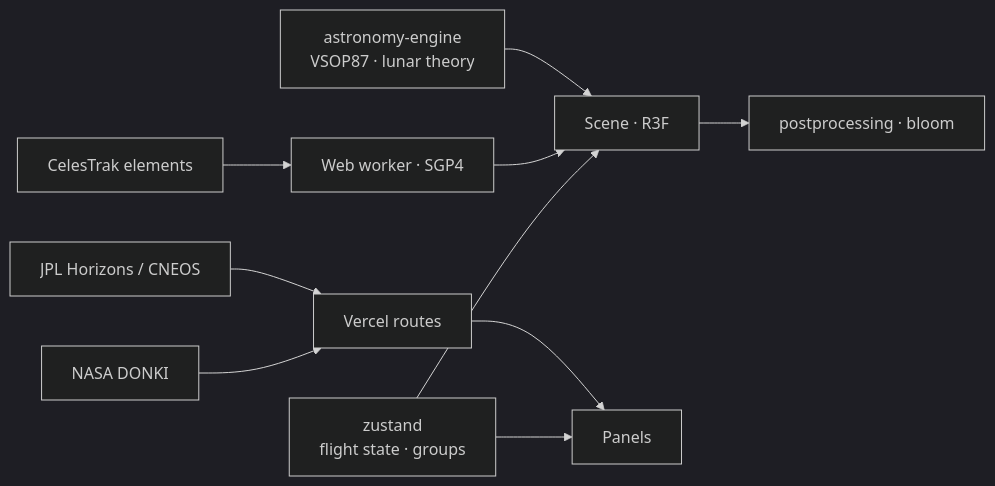
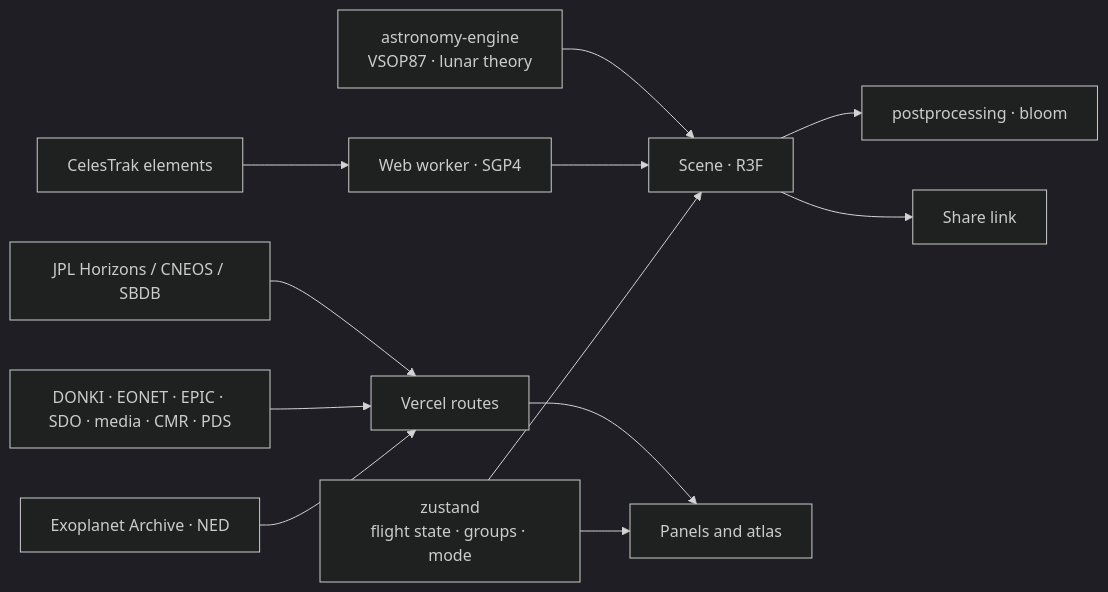
The diagram in README.md (kutluhangil/Orbitim), drawn with Mermaid (dark theme) before and after one commit. The commit also changed other lines of this file and 3 other files, not shown here.

````diff
--- a/README.md
+++ b/README.md
@@ -48,10 +78,13 @@
 ```mermaid
 flowchart LR
   AE[astronomy-engine<br/>VSOP87 · lunar theory] --> SC[Scene · R3F]
   CT[CelesTrak elements] --> W[Web worker · SGP4] --> SC
-  JPL[JPL Horizons / CNEOS] --> API[Vercel routes]
-  DONKI[NASA DONKI] --> API --> UI[Panels]
-  ST[zustand<br/>flight state · groups] --> SC
+  JPL[JPL Horizons / CNEOS / SBDB] --> API[Vercel routes]
+  NASA[DONKI · EONET · EPIC · SDO · media · CMR · PDS] --> API
+  IPAC[Exoplanet Archive · NED] --> API
+  API --> UI[Panels and atlas]
+  ST[zustand<br/>flight state · groups · mode] --> SC
   ST --> UI
   SC --> PP[postprocessing · bloom]
+  SC --> URL[Share link]
 ```
````
